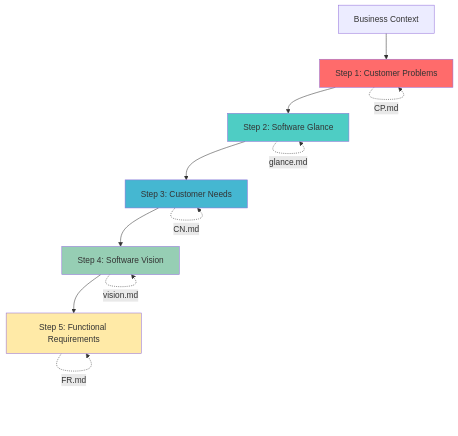
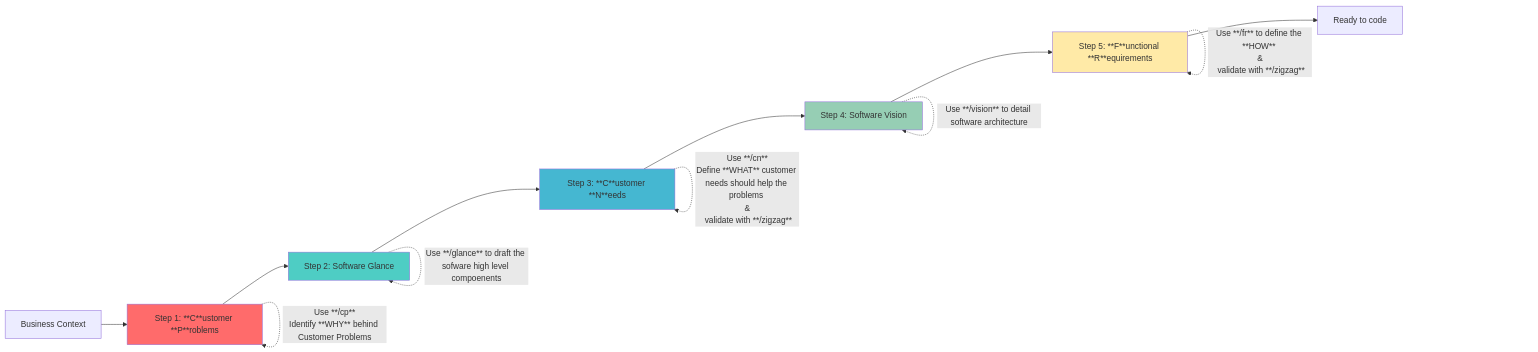
The first of 4 diagrams in README.md (RafaelGorski/Problem-Based-SRS), drawn with Mermaid before and after one commit. The commit also changed other lines of this file and 28 other files, not shown here.

First line of the commit message:
Update documentation website with latest README content and rendered diagrams

````diff
--- a/README.md
+++ b/README.md
@@ -43,20 +66,20 @@
 ```mermaid
-graph TD
-    A[Business Context] --> B[Step 1: Customer Problems]
+graph LR
+    A[Business Context] --> B[Step 1: **C**ustomer **P**roblems]
     B --> C[Step 2: Software Glance]
-    C --> D[Step 3: Customer Needs]
+    C --> D[Step 3: **C**ustomer **N**eeds]
     D --> E[Step 4: Software Vision]
-    E --> F[Step 5: Functional Requirements]
-    
-    B -.->|CP.md| B
-    C -.->|glance.md| C
-    D -.->|CN.md| D
-    E -.->|vision.md| E
-    F -.->|FR.md| F
-    
+    E --> F[Step 5: **F**unctional **R**equirements]
+    F --> G[Ready to code]
+
+    B -.->| Use **/cp**<br/>Identify **WHY** behind Customer Problems | B
+    C -.->| Use **/glance** to draft the sofware high level compoenents| C
+    D -.->| Use **/cn**<br/>Define **WHAT** customer needs should help the problems <br/>&<br/> validate with **/zigzag** | D
+    E -.->| Use **/vision** to detail software architecture | E
+    F -.->| Use **/fr** to define the **HOW** <br/>&<br/> validate with **/zigzag**  | F
     style B fill:#ff6b6b
     style C fill:#4ecdc4
     style D fill:#45b7d1
     style E fill:#96ceb4
     style F fill:#ffeaa7
 ```
````
